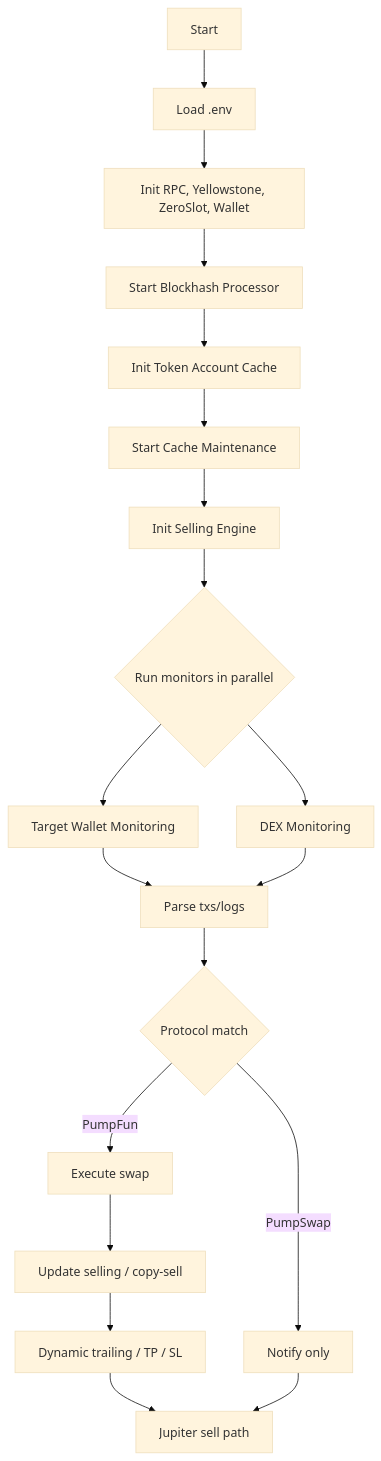
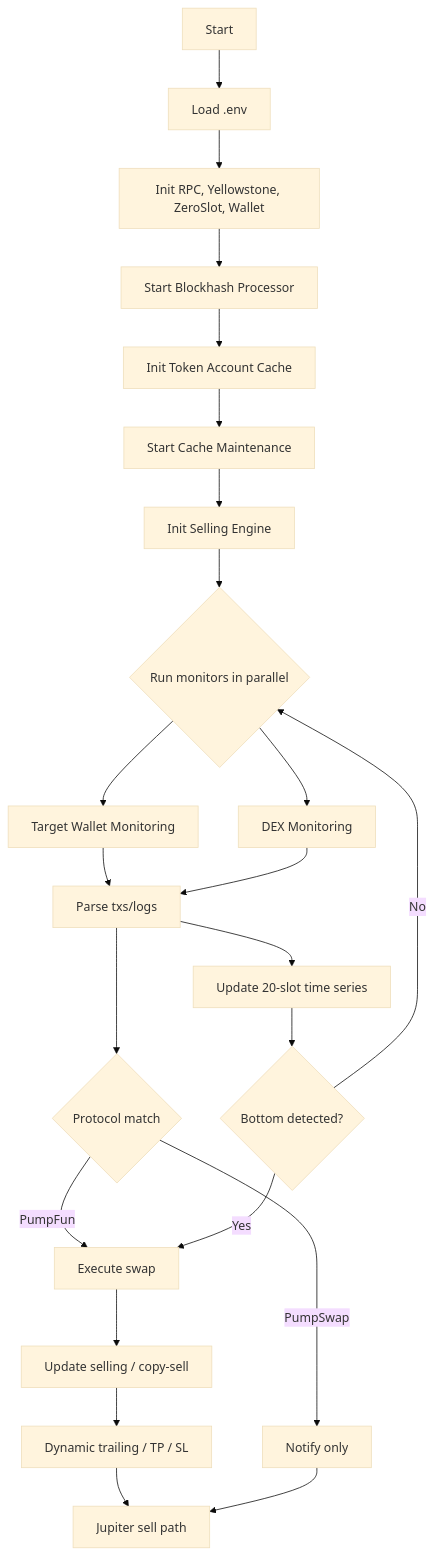
One commit to rumhamdnmchickn/solana-copy-sniper-trading-bot changed the diagram in README.md. Above: the diagram before and after it, drawn with Mermaid (base theme). The commit also changed other lines of this file and 3 other files, not shown here.

````diff
--- a/README.md
+++ b/README.md
@@ -30,21 +31,25 @@
 ```mermaid
 flowchart TD
   A[Start] --> B[Load .env]
   B --> C[Init RPC, Yellowstone, ZeroSlot, Wallet]
   C --> D[Start Blockhash Processor]
   D --> E[Init Token Account Cache]
   E --> F[Start Cache Maintenance]
   F --> G[Init Selling Engine]
   G --> H{Run monitors in parallel}
   H --> I[Target Wallet Monitoring]
   H --> J[DEX Monitoring]
   I --> K[Parse txs/logs]
   J --> K
   K --> L{Protocol match}
   L --> |PumpFun| M[Execute swap]
   L --> |PumpSwap| N[Notify only]
   M --> O[Update selling / copy-sell]
   O --> P[Dynamic trailing / TP / SL]
   P --> Q[Jupiter sell path]
+  K --> R[Update 20-slot time series]
+  R --> S{Bottom detected?}
+  S --> |Yes| M
+  S --> |No| H
   N --> Q
 ```
````
